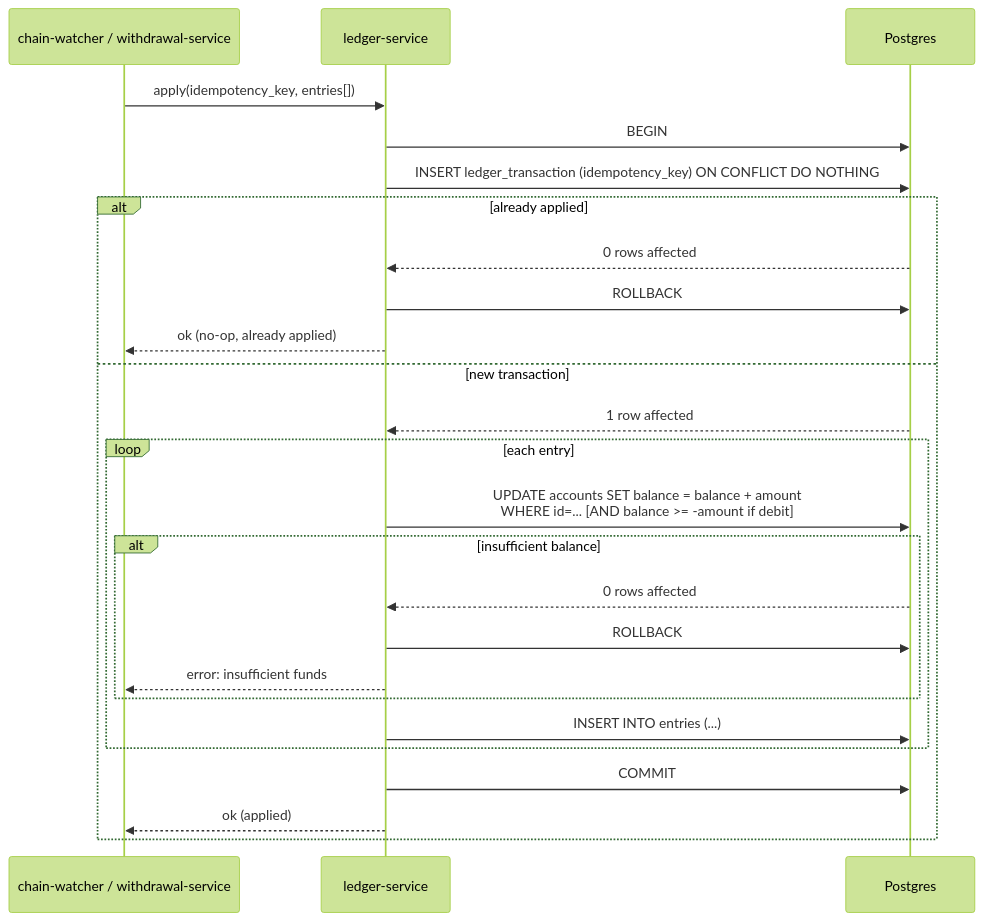
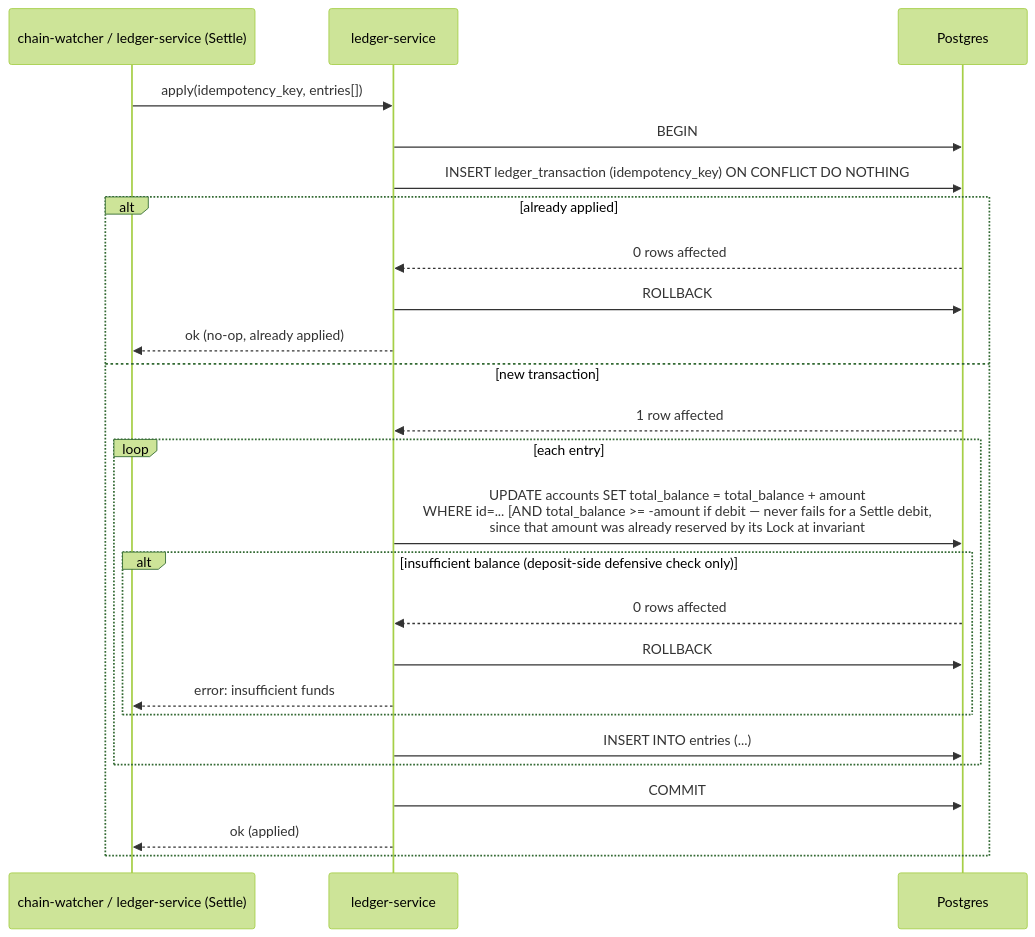
Before and after one commit to VuKhuongDuy/DigiWal: the second of 3 diagrams in docs/design/ledger.md, drawn with Mermaid (forest theme). The commit also changed other lines of this file and 1 other file, not shown here.

First line of the commit message:
ledger, withdrawal-flow: split balance into total/locked/available

````diff
--- a/docs/design/ledger.md
+++ b/docs/design/ledger.md
@@ -167,28 +247,28 @@
 ```mermaid
 sequenceDiagram
-    participant Producer as chain-watcher / withdrawal-service
+    participant Producer as chain-watcher / ledger-service (Settle)
     participant Ledger as ledger-service
     participant PG as Postgres
 
     Producer->>Ledger: apply(idempotency_key, entries[])
     Ledger->>PG: BEGIN
     Ledger->>PG: INSERT ledger_transaction (idempotency_key) ON CONFLICT DO NOTHING
     alt already applied
         PG-->>Ledger: 0 rows affected
         Ledger->>PG: ROLLBACK
         Ledger-->>Producer: ok (no-op, already applied)
     else new transaction
         PG-->>Ledger: 1 row affected
         loop each entry
-            Ledger->>PG: UPDATE accounts SET balance = balance + amount<br/>WHERE id=... [AND balance >= -amount if debit]
-            alt insufficient balance
+            Ledger->>PG: UPDATE accounts SET total_balance = total_balance + amount<br/>WHERE id=... [AND total_balance >= -amount if debit — never fails for a Settle debit,<br/>since that amount was already reserved by its Lock at invariant #1's check]
+            alt insufficient balance (deposit-side defensive check only)
                 PG-->>Ledger: 0 rows affected
                 Ledger->>PG: ROLLBACK
                 Ledger-->>Producer: error: insufficient funds
             end
             Ledger->>PG: INSERT INTO entries (...)
         end
         Ledger->>PG: COMMIT
         Ledger-->>Producer: ok (applied)
     end
 ```
````
